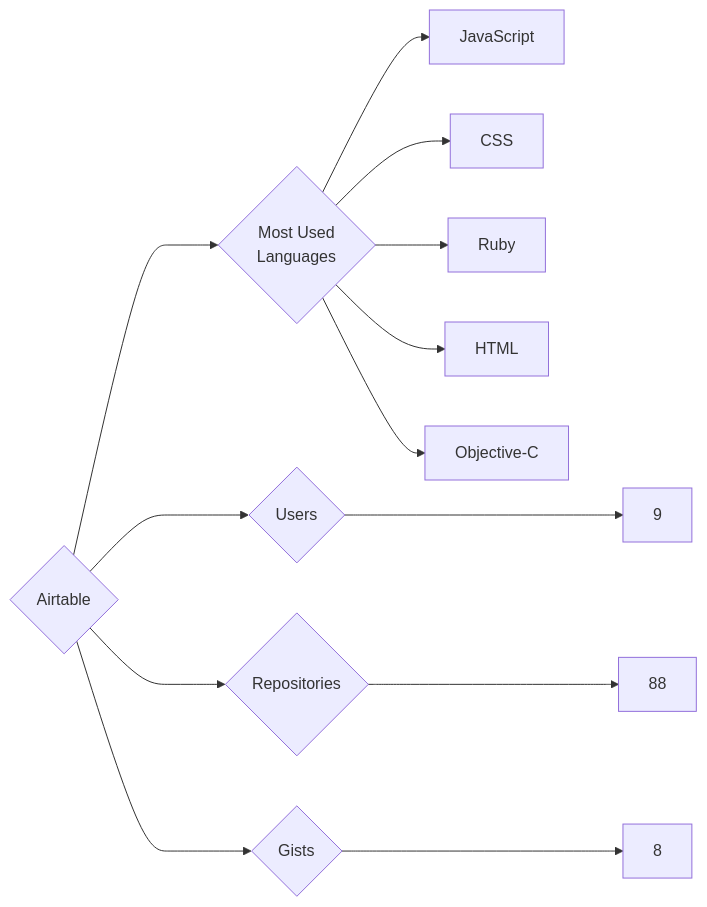
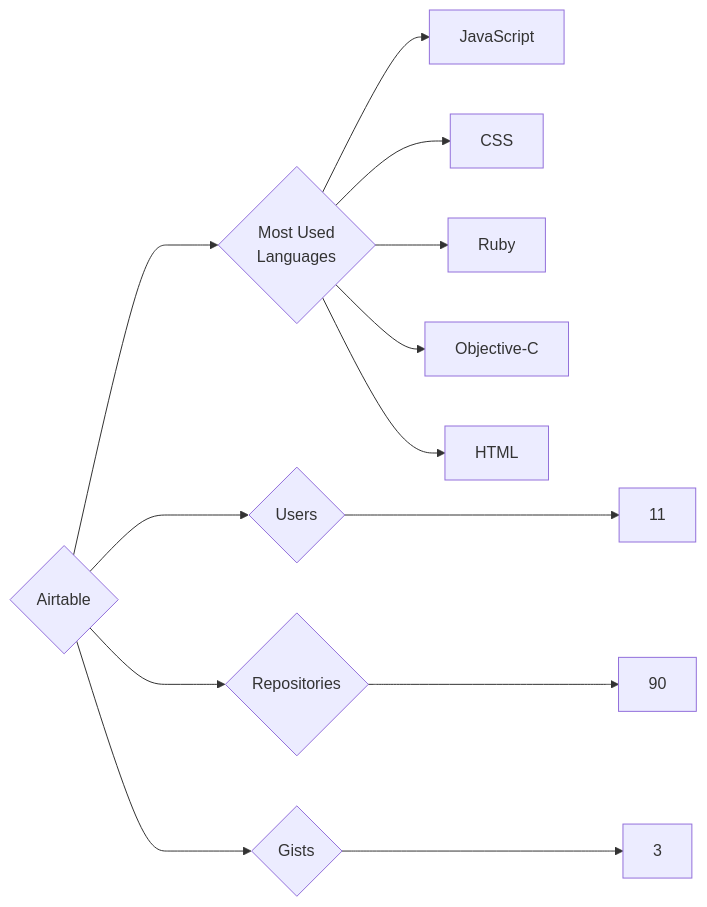
The diagram in targets/Airtable/README.md (trickest/insiders), drawn with Mermaid before and after one commit. The commit also changed 933 other files, not shown here.

````diff
--- a/targets/Airtable/README.md
+++ b/targets/Airtable/README.md
@@ -3,13 +3,13 @@
 ```mermaid
 graph LR
 COMPANY_NAME{Airtable}
-COMPANY_NAME ---> U{Users} ---> UN[9]
-COMPANY_NAME ---> R{Repositories} ---> RN[88]
-COMPANY_NAME ---> G{Gists} ---> GN[8]
+COMPANY_NAME ---> U{Users} ---> UN[11]
+COMPANY_NAME ---> R{Repositories} ---> RN[90]
+COMPANY_NAME ---> G{Gists} ---> GN[3]
 COMPANY_NAME ---> ML{Most Used<br>Languages}
 ML --> JavaScript[JavaScript]
 ML --> CSS[CSS]
 ML --> Ruby[Ruby]
+ML --> Objective-C[Objective-C]
 ML --> HTML[HTML]
-ML --> Objective-C[Objective-C]
 ```
````
